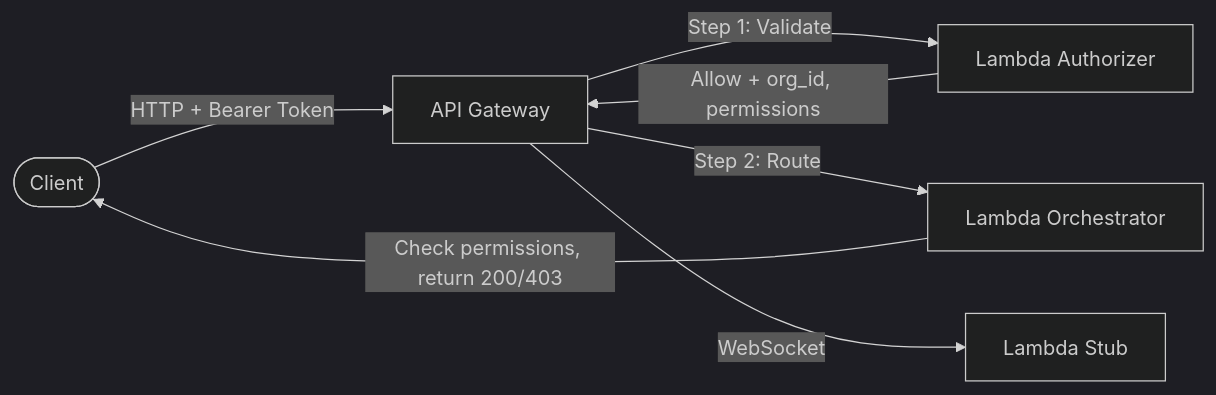
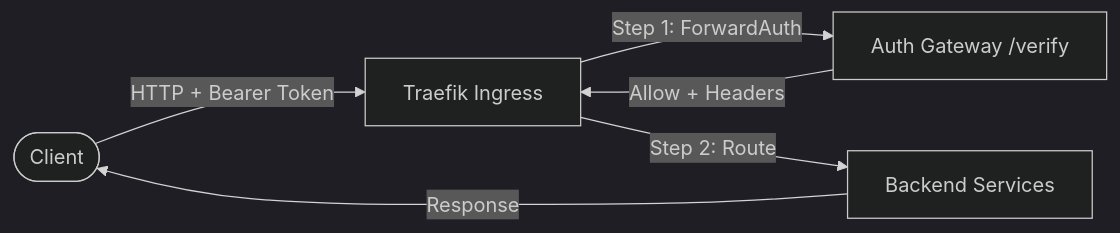
One commit to categorytechus/MultiTenantSaas changed the first of 3 diagrams in docs/LEARNING_PLAN.md. Above: the diagram before and after it, drawn with Mermaid (dark theme). The commit also changed other lines of this file and 69 other files, not shown here.

````diff
--- a/docs/LEARNING_PLAN.md
+++ b/docs/LEARNING_PLAN.md
@@ -68,9 +57,8 @@
 ```mermaid
 flowchart LR
-    Client([Client]) -->|"HTTP + Bearer Token"| APIGW[API Gateway]
-    APIGW -->|"Step 1: Validate"| Auth[Lambda Authorizer]
-    Auth -->|"Allow + org_id, permissions"| APIGW
-    APIGW -->|"Step 2: Route"| Orch[Lambda Orchestrator]
-    Orch -->|"Check permissions, return 200/403"| Client
-    APIGW -->|"WebSocket"| Stub[Lambda Stub]
+    Client([Client]) -->|"HTTP + Bearer Token"| Traefik[Traefik Ingress]
+    Traefik -->|"Step 1: ForwardAuth"| Auth[Auth Gateway /verify]
+    Auth -->|"Allow + Headers"| Traefik
+    Traefik -->|"Step 2: Route"| API[Backend Services]
+    API -->|"Response"| Client
 ```
````
